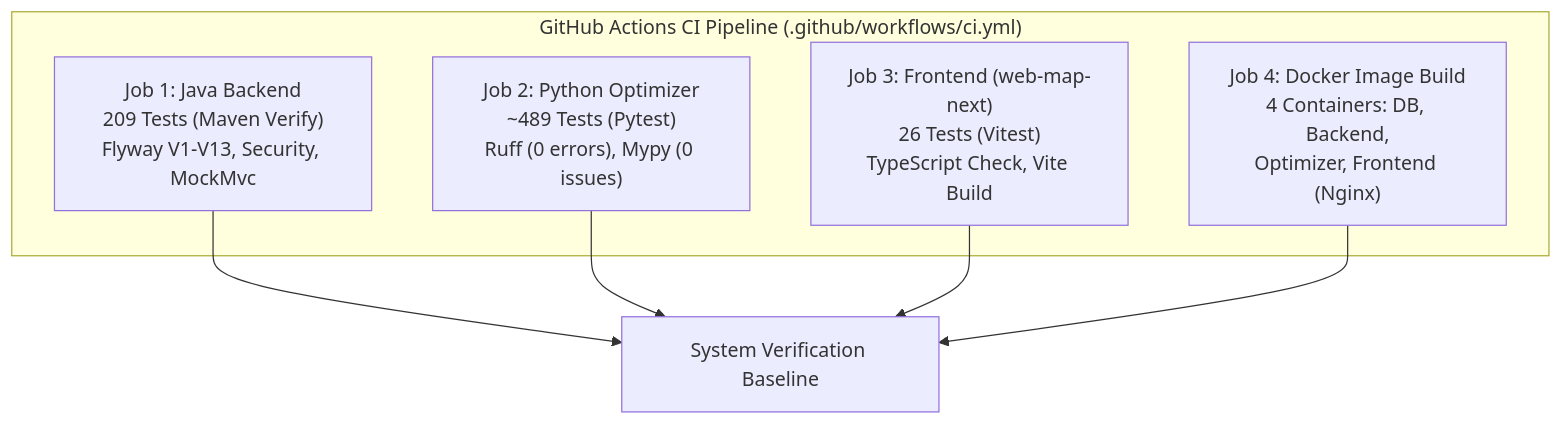
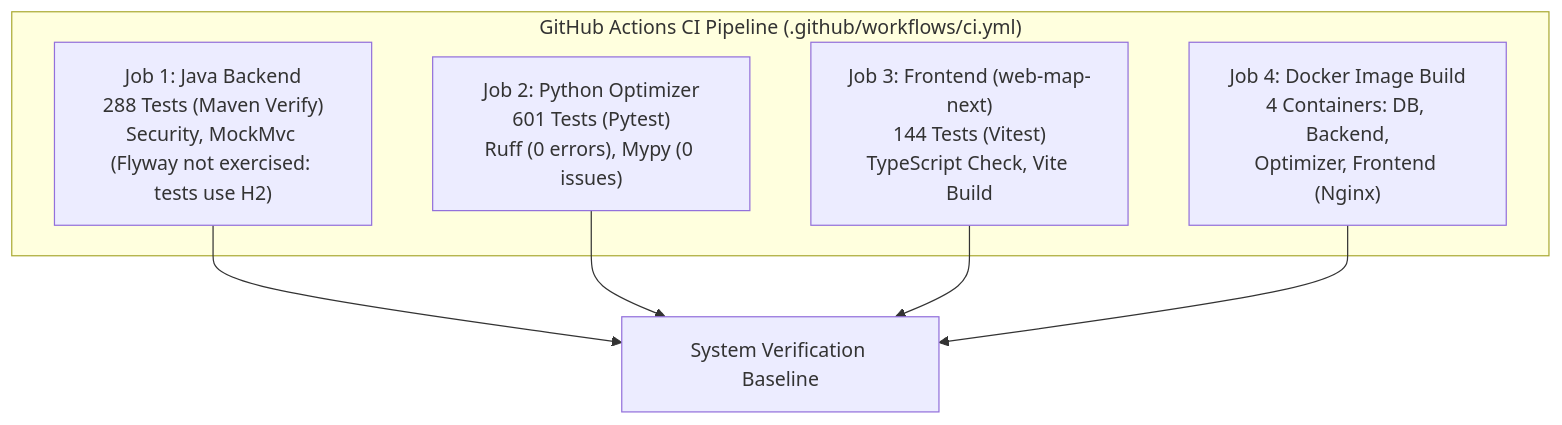
The first of 2 diagrams in obsidian-vault/12-testing/Testing Status.md (cookedaryan/surge), drawn with Mermaid before and after one commit. The commit also changed other lines of this file and 17 other files, not shown here.

````diff
--- a/obsidian-vault/12-testing/Testing Status.md
+++ b/obsidian-vault/12-testing/Testing Status.md
@@ -17,14 +17,14 @@
 ```mermaid
 graph TD
     subgraph CI["GitHub Actions CI Pipeline (.github/workflows/ci.yml)"]
-        J["Job 1: Java Backend<br/>209 Tests (Maven Verify)<br/>Flyway V1-V13, Security, MockMvc"]
-        P["Job 2: Python Optimizer<br/>~489 Tests (Pytest)<br/>Ruff (0 errors), Mypy (0 issues)"]
-        F["Job 3: Frontend (web-map-next)<br/>26 Tests (Vitest)<br/>TypeScript Check, Vite Build"]
+        J["Job 1: Java Backend<br/>288 Tests (Maven Verify)<br/>Security, MockMvc (Flyway not exercised: tests use H2)"]
+        P["Job 2: Python Optimizer<br/>601 Tests (Pytest)<br/>Ruff (0 errors), Mypy (0 issues)"]
+        F["Job 3: Frontend (web-map-next)<br/>144 Tests (Vitest)<br/>TypeScript Check, Vite Build"]
         D["Job 4: Docker Image Build<br/>4 Containers: DB, Backend,<br/>Optimizer, Frontend (Nginx)"]
     end
 
     J --> S["System Verification Baseline"]
     P --> S
     F --> S
     D --> S
 ```
````
